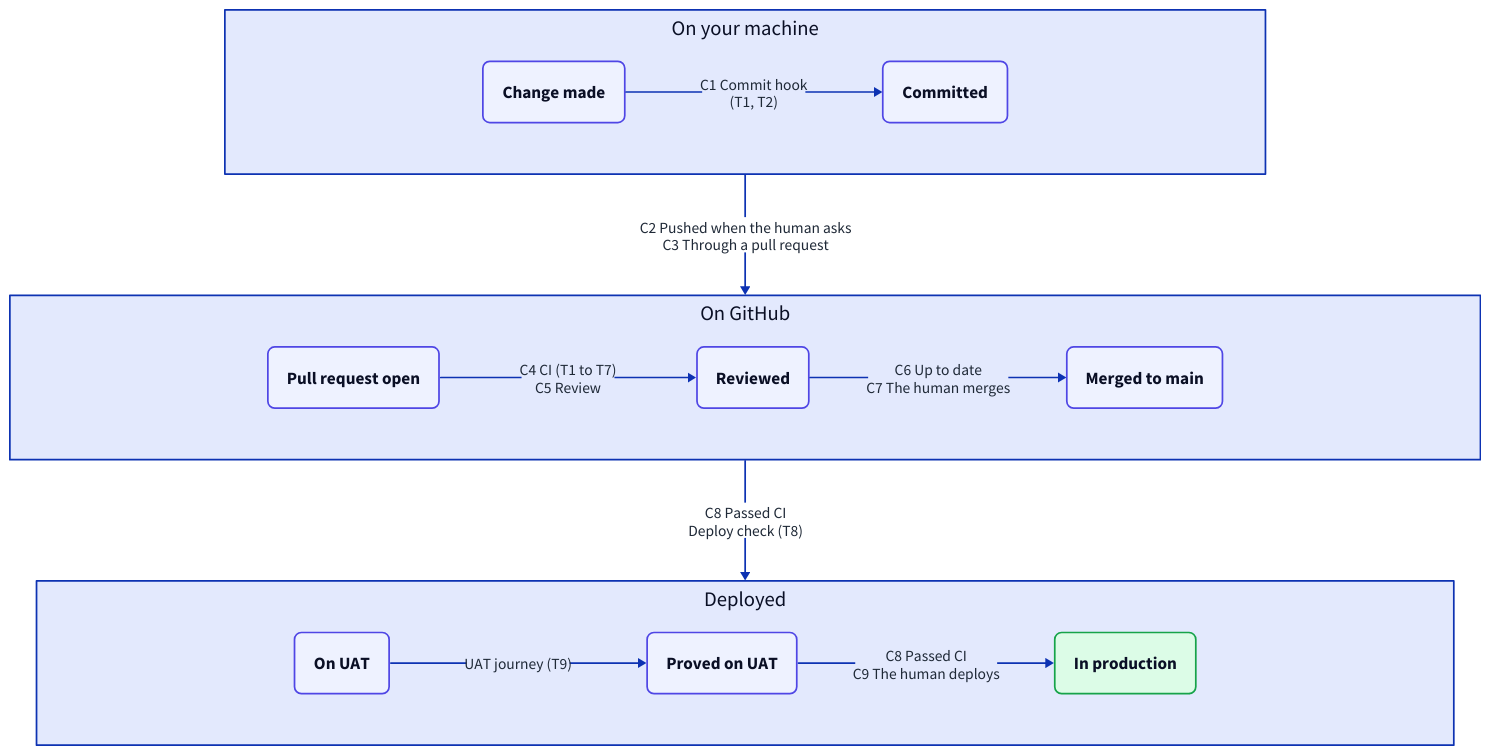
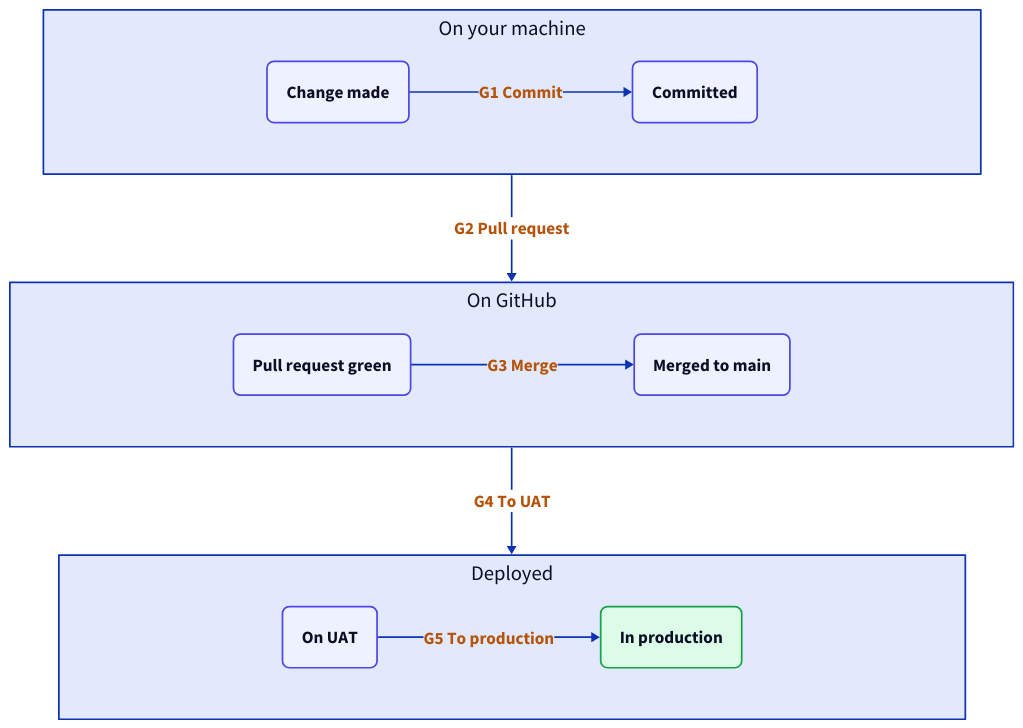
One commit to kasey-purvor/skills changed the diagram in set-up-sdlc/example_pipeline.d2. Above: the diagram before and after it, drawn with D2. The commit also changed 3 other files, not shown here.

Commit message:
set-up-sdlc: example's git and CI/CD section rebuilt around five gates: picture, why each exists, and one grid of what each demands

```diff
--- a/set-up-sdlc/example_pipeline.d2
+++ b/set-up-sdlc/example_pipeline.d2
@@ -1,63 +1,60 @@
-# The route a change takes, for AGENTS-example.md.
+# The route a change takes and its five gates, for AGENTS-example.md.
 # Render to example_pipeline.png (layout elk, pad 40) whenever this changes.
 direction: down
 
 classes: {
   station: {
     style: {
       fill: "#eef2ff"
       stroke: "#4f46e5"
       border-radius: 8
       font-size: 20
     }
   }
   finish: {
     style: {
       fill: "#dcfce7"
       stroke: "#16a34a"
       border-radius: 8
       font-size: 20
     }
   }
   gate: {
     style: {
-      font-size: 18
-      font-color: "#1f2937"
+      font-size: 20
+      font-color: "#b45309"
+      bold: true
       italic: false
     }
   }
 }
 
 local: On your machine {
   grid-rows: 1
-  horizontal-gap: 300
+  horizontal-gap: 260
   style.font-size: 24
   change: Change made {class: station}
   commit: Committed {class: station}
-  change -> commit: C1 Commit hook\n(T1, T2) {class: gate}
+  change -> commit: G1 Commit {class: gate}
 }
 
 github: On GitHub {
   grid-rows: 1
-  horizontal-gap: 300
+  horizontal-gap: 260
   style.font-size: 24
-  pr: Pull request open {class: station}
-  reviewed: Reviewed {class: station}
+  pr: Pull request green {class: station}
   merged: Merged to main {class: station}
-  pr -> reviewed: C4 CI (T1 to T7)\nC5 Review {class: gate}
-  reviewed -> merged: C6 Up to date\nC7 The human merges {class: gate}
+  pr -> merged: G3 Merge {class: gate}
 }
 
 deployed: Deployed {
   grid-rows: 1
-  horizontal-gap: 300
+  horizontal-gap: 260
   style.font-size: 24
   uat: On UAT {class: station}
-  proved: Proved on UAT {class: station}
   prod: In production {class: finish}
-  uat -> proved: UAT journey (T9) {class: gate}
-  proved -> prod: C8 Passed CI\nC9 The human deploys {class: gate}
+  uat -> prod: G5 To production {class: gate}
 }
 
-local -> github: C2 Pushed when the human asks\nC3 Through a pull request {class: gate}
-github -> deployed: C8 Passed CI\nDeploy check (T8) {class: gate}
+local -> github: G2 Pull request {class: gate}
+github -> deployed: G4 To UAT {class: gate}
```
